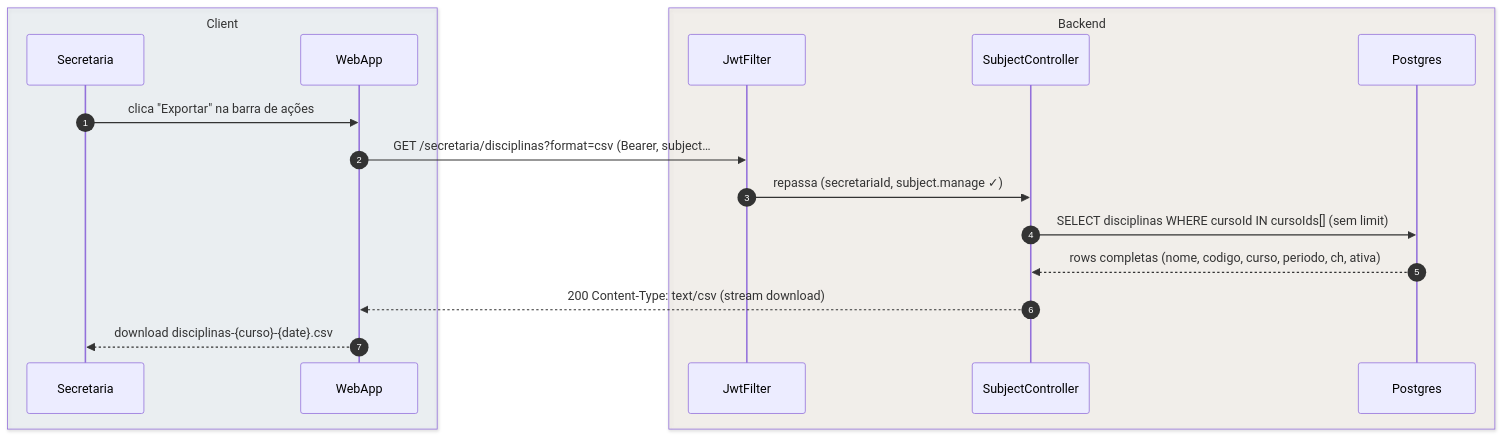
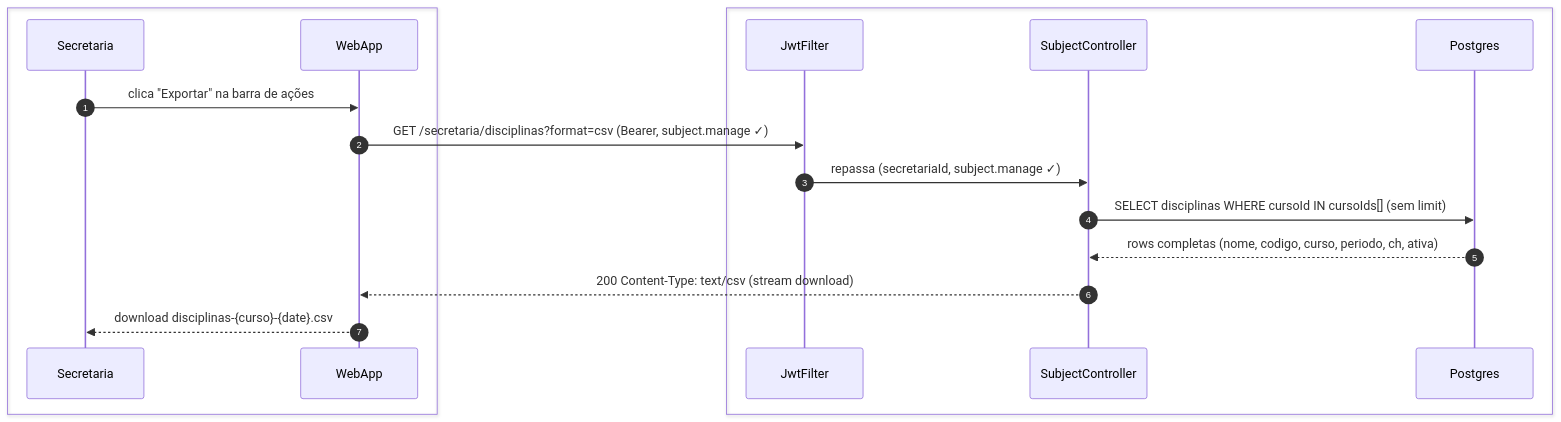
One commit to umishell/secretariaOnline2 changed the fourth of 8 diagrams in foundationDocs/sequenceDiagrams/F5 — Secretaria/US-F5-004-DADOS-ACADEMICOS.md. Above: the diagram before and after it, drawn with Mermaid. The commit also changed other lines of this file and 70 other files, not shown here.

First line of the commit message:
Enhance database documentation and introduce new schema files

````diff
--- a/foundationDocs/sequenceDiagrams/F5 — Secretaria/US-F5-004-DADOS-ACADEMICOS.md
+++ b/foundationDocs/sequenceDiagrams/F5 — Secretaria/US-F5-004-DADOS-ACADEMICOS.md
@@ -187,21 +187,21 @@
 ```mermaid
 sequenceDiagram
     autonumber
-    box rgba(230,245,255,0.3) Client
+    box #e8f4fc Cliente
         participant Secretaria
         participant WebApp
     end
-    box rgba(255,245,230,0.3) Backend
+    box #fff8ee Servidor
         participant JwtFilter
         participant SubjectController
         participant Postgres
     end
 
     Secretaria->>WebApp: clica "Exportar" na barra de ações
-    WebApp->>JwtFilter: GET /secretaria/disciplinas?format=csv (Bearer, subject…
+    WebApp->>JwtFilter: GET /secretaria/disciplinas?format=csv (Bearer, subject.manage ✓)
     JwtFilter->>SubjectController: repassa (secretariaId, subject.manage ✓)
     SubjectController->>Postgres: SELECT disciplinas WHERE cursoId IN cursoIds[] (sem limit)
     Postgres-->>SubjectController: rows completas (nome, codigo, curso, periodo, ch, ativa)
     SubjectController-->>WebApp: 200 Content-Type: text/csv (stream download)
     WebApp-->>Secretaria: download disciplinas-{curso}-{date}.csv
 ```
````
